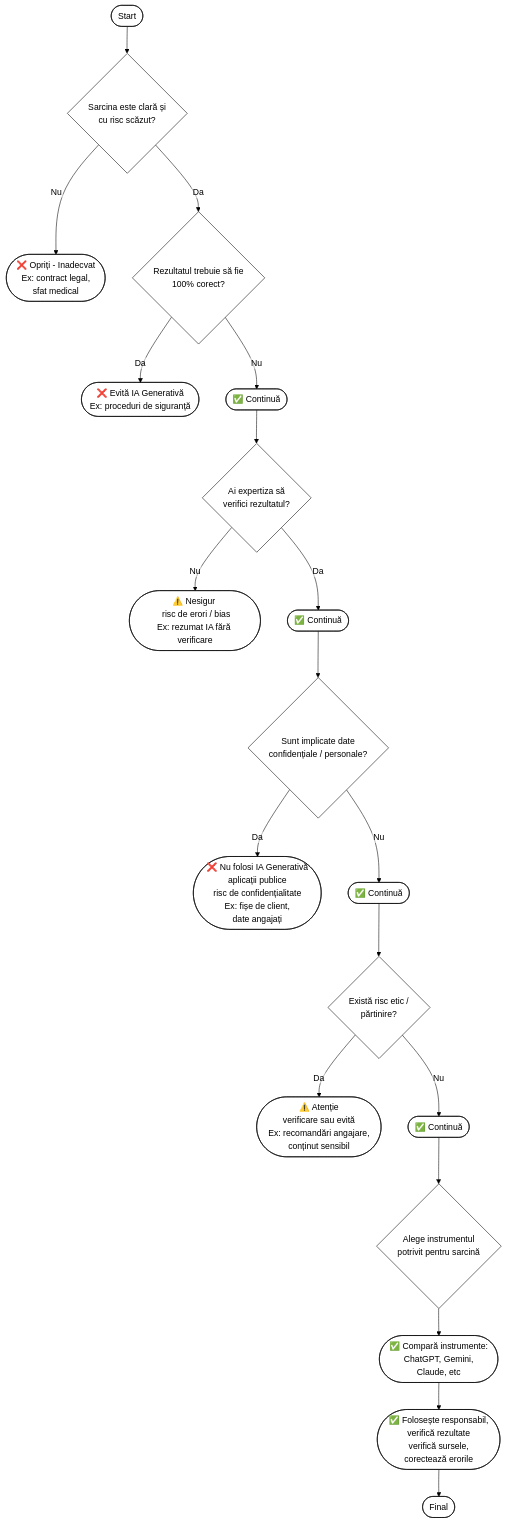
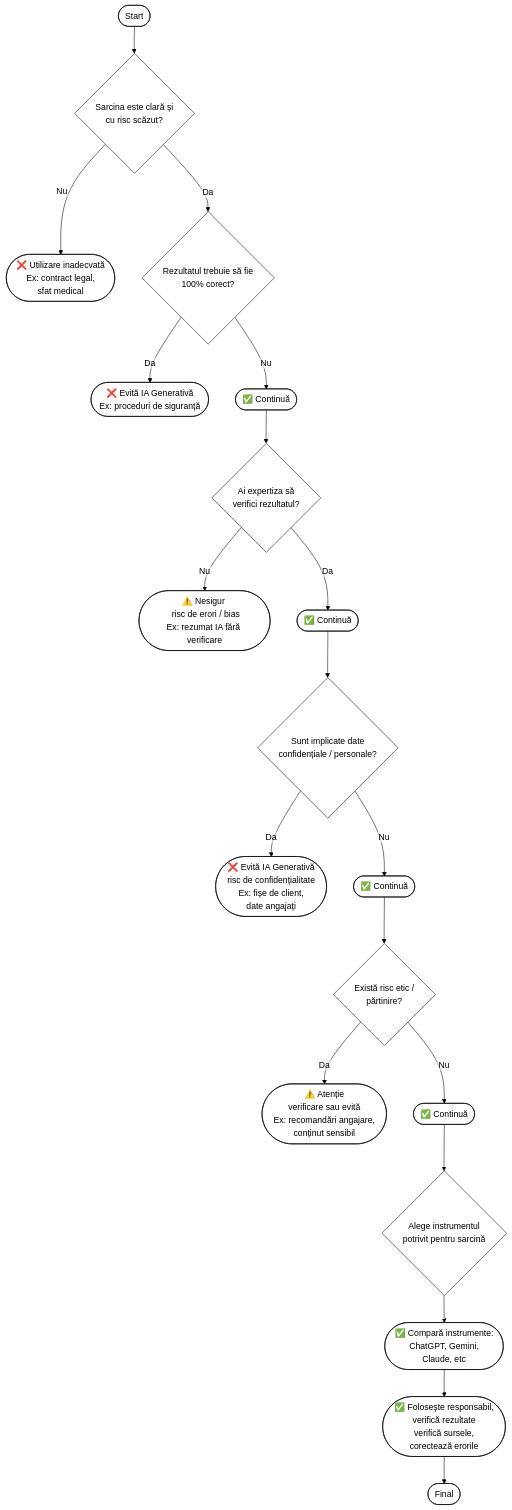
Before and after one commit to CozminaSecula/01-fundamente-si-riscuri: the diagram in content/resurse/arbore_decizie_ia.qmd, drawn with Mermaid. The commit also changed other lines of this file and 2 other files, not shown here.

````diff
--- a/content/resurse/arbore_decizie_ia.qmd
+++ b/content/resurse/arbore_decizie_ia.qmd
@@ -17,40 +17,40 @@
 ```{mermaid}
 
 %%{init: {'theme':'base','flowchart':{'htmlLabels':false},'themeVariables':{'primaryColor':'#ffffff','primaryTextColor':'#000000','nodeTextColor':'#000000','textColor':'#000000','primaryBorderColor':'#000000','lineColor':'#000000'}}}%%
 
 flowchart TD
 %% Start
 A([Start]) --> B{Sarcina este clară și <br>cu risc scăzut?}
-B -->|Nu| Z([❌ Opriți - Inadecvat<br>Ex: contract legal,<br> sfat medical])
+B -->|Nu| Z([❌ Utilizare inadecvată<br>Ex: contract legal,<br> sfat medical])
 B -->|Da| C{Rezultatul trebuie să fie <br>100% corect?}
 
 %% Accuracy check
 C -->|Da| D([❌ Evită IA Generativă <br> Ex: proceduri de siguranță])
 C -->|Nu| E([✅ Continuă])
 
 %% Verification expertise
 E --> F{Ai expertiza să<br> verifici rezultatul?}
 F -->|Nu| G([⚠️ Nesigur <br> risc de erori / bias<br>Ex: rezumat IA fără verificare])
 F -->|Da| H([✅ Continuă])
 
 %% Confidential data
 H --> I{Sunt implicate date <br>confidențiale / personale?}
-I -->|Da| J([❌ Nu folosi IA Generativă<br>aplicații publice<br> risc de confidențialitate<br>Ex: fișe de client,<br> date angajați])
+I -->|Da| J([❌ Evită IA Generativă<br> risc de confidențialitate<br>Ex: fișe de client,<br> date angajați])
 I -->|Nu| K([✅ Continuă])
 
 %% Ethical / bias check
 K --> L{Există risc etic /<br> părtinire?}
 L -->|Da| M([⚠️ Atenție <br> verificare sau evită<br>Ex: recomandări angajare, <br>conținut sensibil])
 L -->|Nu| N([✅ Continuă])
 
 %% Tool selection
 N --> O{Alege instrumentul <br>potrivit pentru sarcină}
 O --> P([✅ Compară instrumente: <br>ChatGPT, Gemini, <br>Claude, etc])
 
 %% Responsible use
 P --> Q([✅ Folosește responsabil,<br> verifică rezultate<br>verifică sursele,<br> corectează erorile])
 Q --> R([Final])
 
 classDef default fill:#ffffff,stroke:#000000,color:#000000;
 
 ```
````
